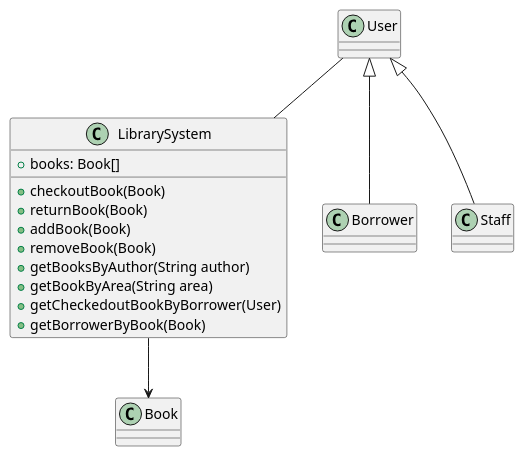
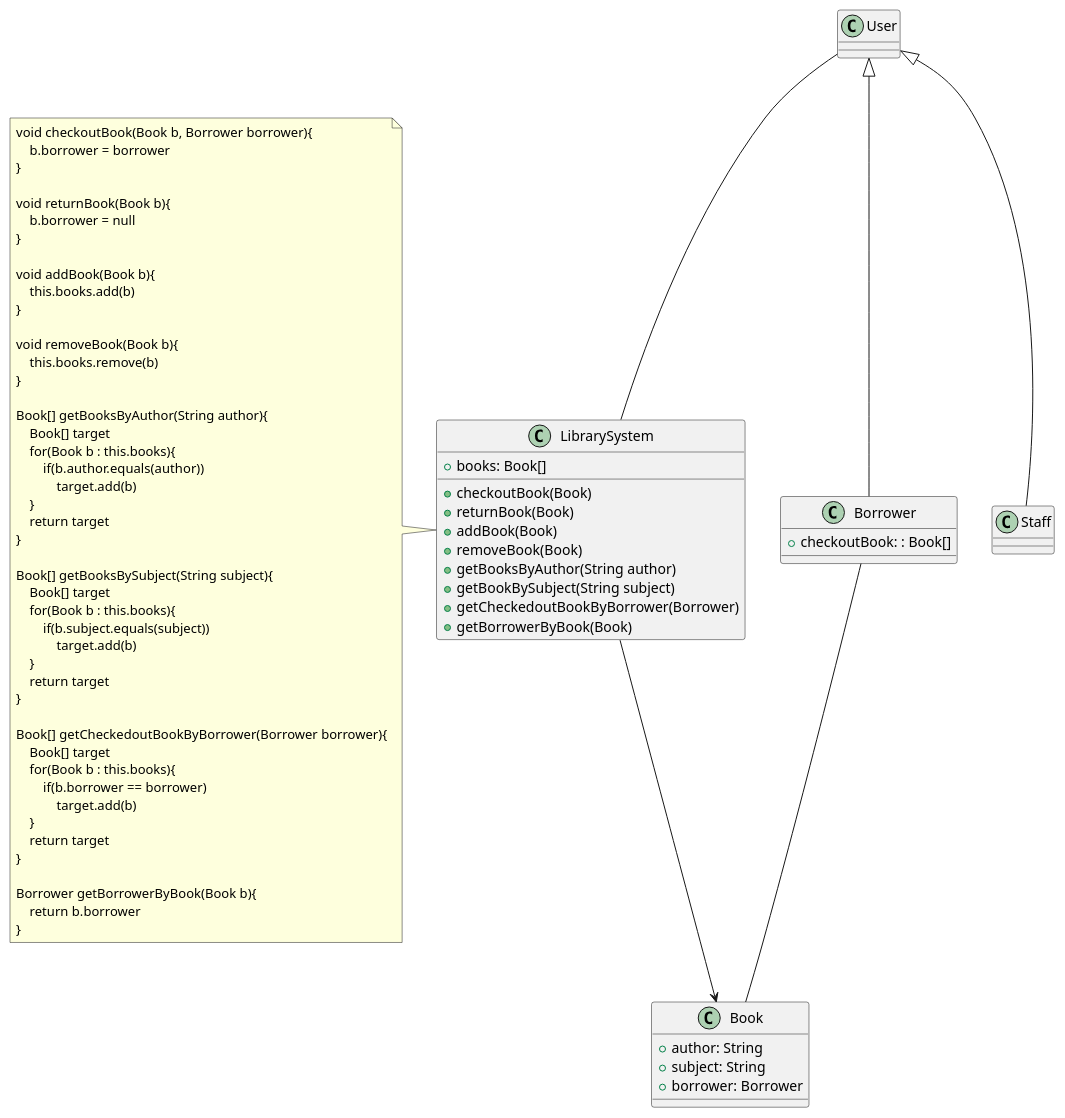
One commit to LeeYenChieh/Software_Engineering_Design2025FALL changed the diagram in temp/uml/init2.puml. Above: the diagram before and after it, drawn with PlantUML. The commit also changed 14 other files, not shown here.

```diff
--- a/temp/uml/init2.puml
+++ b/temp/uml/init2.puml
@@ -1,39 +1,92 @@
 @startuml init2
 
 class Book{
-
+    + author: String
+    + subject: String
+    + borrower: Borrower
 }
-
-class LibrarySystem{
-    + books: Book[]
-    + checkoutBook(Book)
-    + returnBook(Book)
-    + addBook(Book)
-    + removeBook(Book)
-    + getBooksByAuthor(String author)
-    + getBookByArea(String area)
-    + getCheckedoutBookByBorrower(User)
-    + getBorrowerByBook(Book)
-}
-
-LibrarySystem --> Book
 
 class User{
 
 }
 
 together{
     class Staff{
 
     }
 
     class Borrower{
-
+        + checkoutBook: : Book[]
     }
 }
 
-User -- LibrarySystem
 User <|-- Staff
 User <|-- Borrower
 
+class LibrarySystem{
+    + books: Book[]
+    + checkoutBook(Book)
+    + returnBook(Book)
+    + addBook(Book)
+    + removeBook(Book)
+    + getBooksByAuthor(String author)
+    + getBookBySubject(String subject)
+    + getCheckedoutBookByBorrower(Borrower)
+    + getBorrowerByBook(Book)
+}
+
+User -- LibrarySystem
+
+note left of LibrarySystem
+void checkoutBook(Book b, Borrower borrower){
+    b.borrower = borrower
+}
+
+void returnBook(Book b){
+    b.borrower = null
+}
+
+void addBook(Book b){
+    this.books.add(b)
+}
+
+void removeBook(Book b){
+    this.books.remove(b)
+}
+
+Book[] getBooksByAuthor(String author){
+    Book[] target
+    for(Book b : this.books){
+        if(b.author.equals(author))
+            target.add(b)
+    }
+    return target
+}
+
+Book[] getBooksBySubject(String subject){
+    Book[] target
+    for(Book b : this.books){
+        if(b.subject.equals(subject))
+            target.add(b)
+    }
+    return target
+}
+
+Book[] getCheckedoutBookByBorrower(Borrower borrower){
+    Book[] target
+    for(Book b : this.books){
+        if(b.borrower == borrower)
+            target.add(b)
+    }
+    return target
+}
+
+Borrower getBorrowerByBook(Book b){
+    return b.borrower
+}
+end note
+
+LibrarySystem --> Book
+Borrower -- Book
+
 @enduml
```
